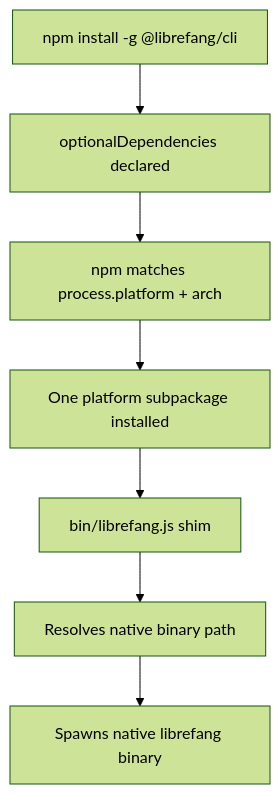
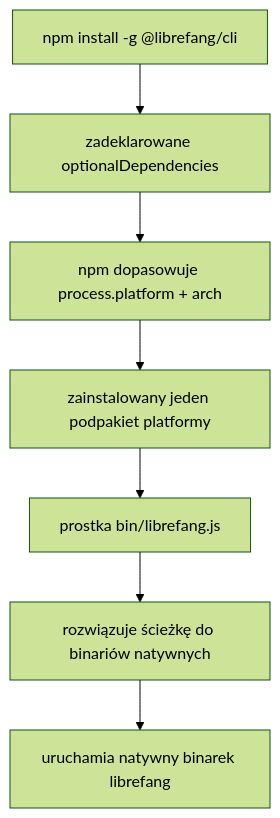
Before and after one commit to leszek3737/librefang-WIki: the diagram in packages-cli-npm.md, drawn with Mermaid (forest theme). The commit also changed other lines of this file and 104 other files, not shown here.

````diff
--- a/packages-cli-npm.md
+++ b/packages-cli-npm.md
@@ -19,9 +19,9 @@
 ```mermaid
 flowchart TD
-    A[npm install -g @librefang/cli] --> B[optionalDependencies declared]
-    B --> C[npm matches process.platform + arch]
-    C --> D[One platform subpackage installed]
-    D --> E[bin/librefang.js shim]
-    E --> F[Resolves native binary path]
-    F --> G[Spawns native librefang binary]
+    A[npm install -g @librefang/cli] --> B[zadeklarowane optionalDependencies]
+    B --> C[npm dopasowuje process.platform + arch]
+    C --> D[zainstalowany jeden podpakiet platformy]
+    D --> E[prostka bin/librefang.js]
+    E --> F[rozwiązuje ścieżkę do binariów natywnych]
+    F --> G[uruchamia natywny binarek librefang]
 ```
````
